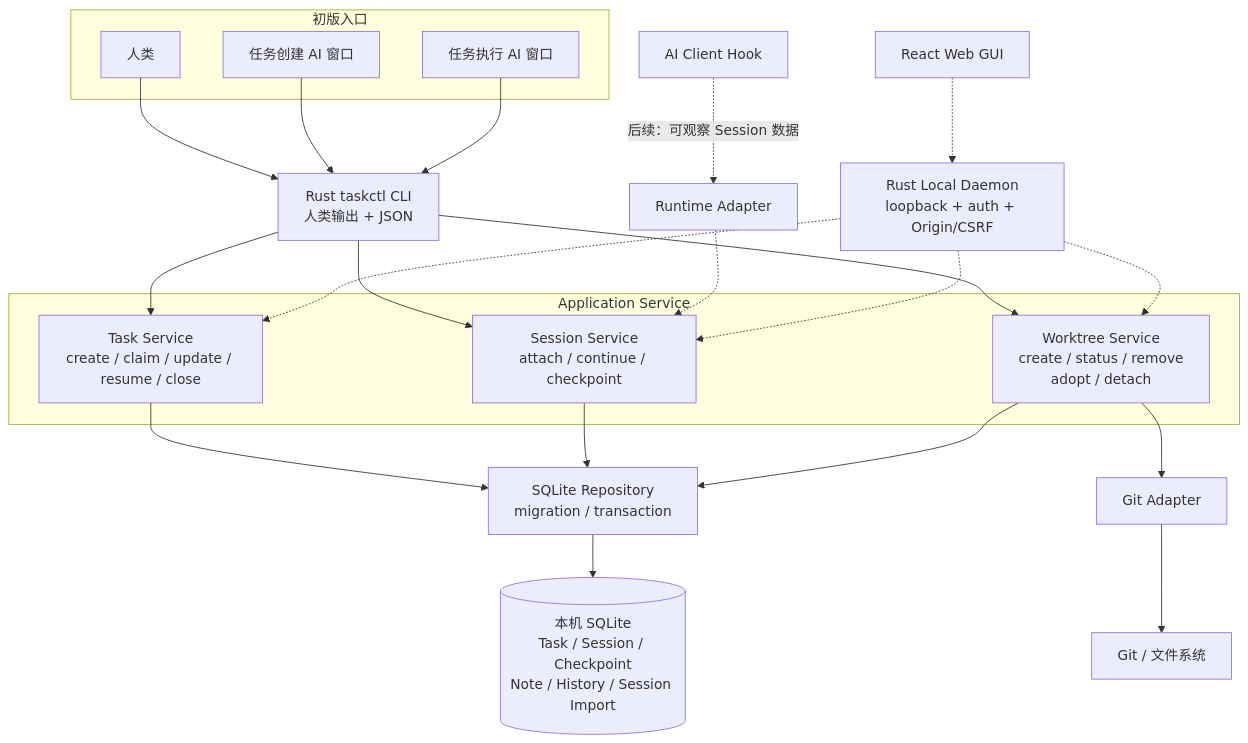
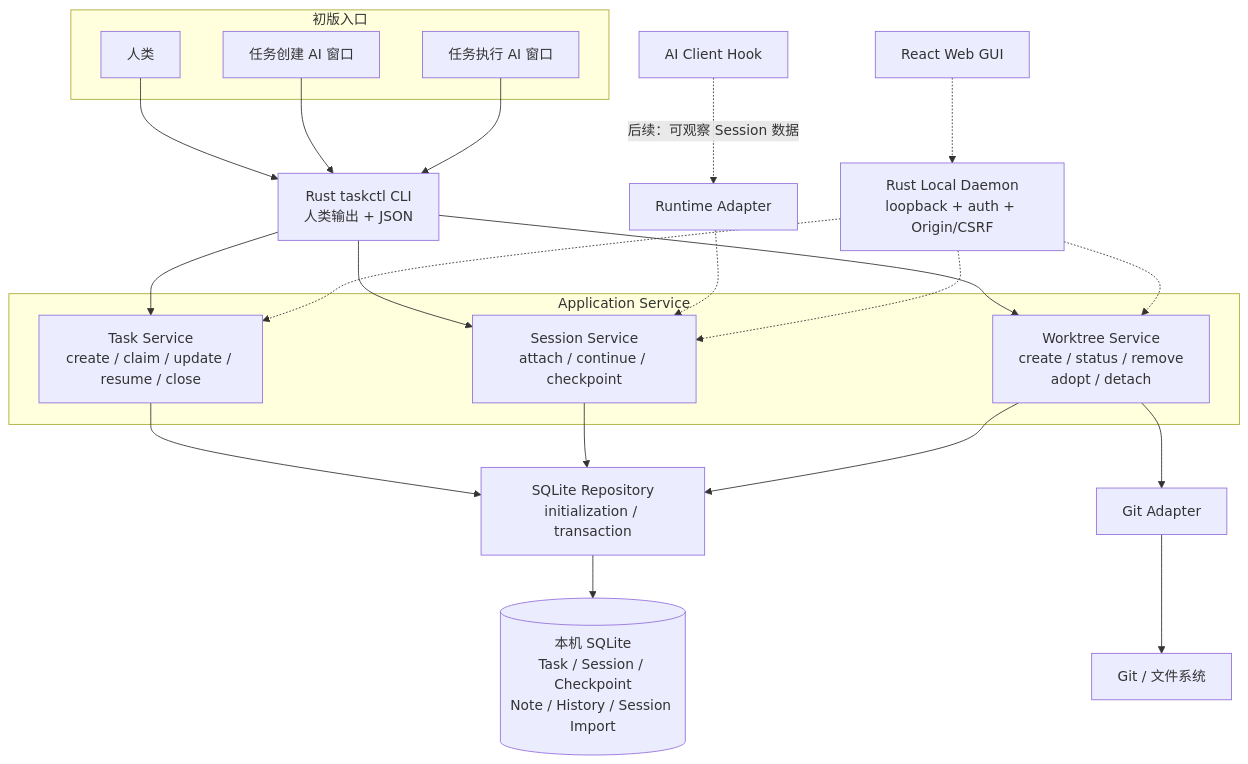
One commit to cecil-su/agent-steward changed the first of 5 diagrams in docs/v0/10-架构与流程图.md. Above: the diagram before and after it, drawn with Mermaid. The commit also changed 22 other files, not shown here.

````diff
--- a/docs/v0/10-架构与流程图.md
+++ b/docs/v0/10-架构与流程图.md
@@ -11,47 +11,47 @@
 ```mermaid
 flowchart TB
     subgraph Clients["初版入口"]
         Human["人类"]
         Creator["任务创建 AI 窗口"]
         Executor["任务执行 AI 窗口"]
     end
 
     CLI["Rust taskctl CLI<br/>人类输出 + JSON"]
 
     subgraph App["Application Service"]
         TaskService["Task Service<br/>create / claim / update / resume / close"]
         SessionService["Session Service<br/>attach / continue / checkpoint"]
         WorktreeService["Worktree Service<br/>create / status / remove<br/>adopt / detach"]
     end
 
-    SQLiteAdapter["SQLite Repository<br/>migration / transaction"]
+    SQLiteAdapter["SQLite Repository<br/>initialization / transaction"]
     SQLiteDB[("本机 SQLite<br/>Task / Session / Checkpoint<br/>Note / History / Session Import")]
     GitAdapter["Git Adapter"]
     GitFS["Git / 文件系统"]
 
     Hook["AI Client Hook"]
     RuntimeAdapter["Runtime Adapter"]
     GUI["React Web GUI"]
     Daemon["Rust Local Daemon<br/>loopback + auth + Origin/CSRF"]
 
     Human --> CLI
     Creator --> CLI
     Executor --> CLI
     CLI --> TaskService
     CLI --> SessionService
     CLI --> WorktreeService
 
     TaskService --> SQLiteAdapter
     SessionService --> SQLiteAdapter
     WorktreeService --> SQLiteAdapter
     SQLiteAdapter --> SQLiteDB
     WorktreeService --> GitAdapter
     GitAdapter --> GitFS
 
     Hook -. "后续：可观察 Session 数据" .-> RuntimeAdapter
     RuntimeAdapter -.-> SessionService
     GUI -.-> Daemon
     Daemon -.-> TaskService
     Daemon -.-> SessionService
     Daemon -.-> WorktreeService
 ```
````
